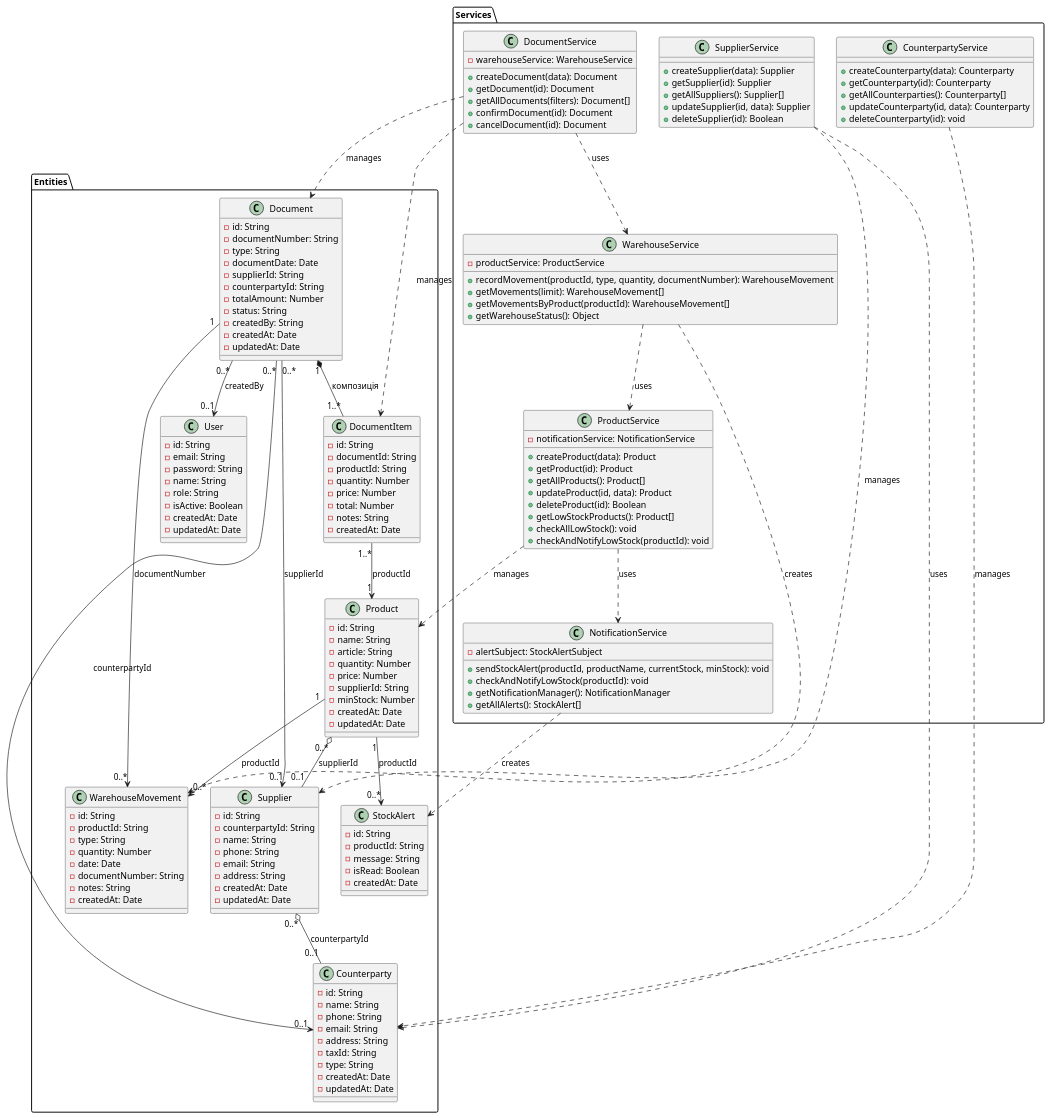
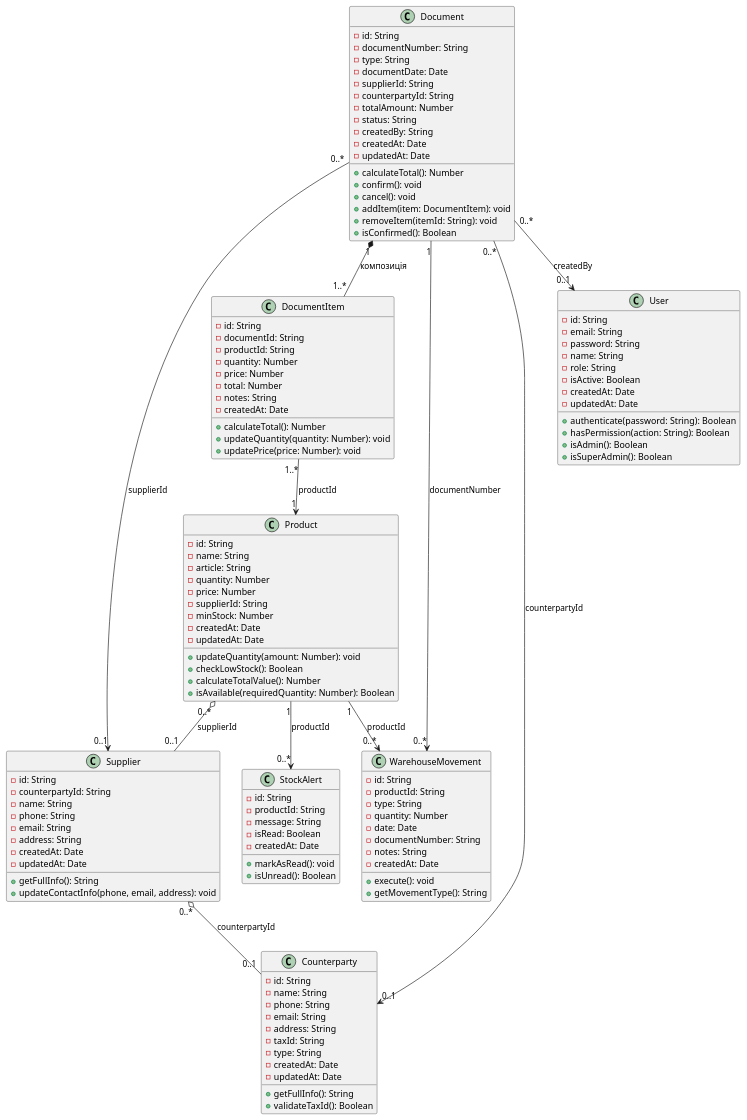
The second of 2 diagrams in README.md (Andriy723/Patterns_coursework), drawn with PlantUML before and after one commit.

````diff
--- a/README.md
+++ b/README.md
@@ -399,151 +399,119 @@
 ```plantuml
 @startuml
 
-package "Entities" {
-    class Product {
-        - id: String
-        - name: String
-        - article: String
-        - quantity: Number
-        - price: Number
-        - supplierId: String
-        - minStock: Number
-        - createdAt: Date
-        - updatedAt: Date
-    }
-    
-    class Supplier {
-        - id: String
-        - counterpartyId: String
-        - name: String
-        - phone: String
-        - email: String
-        - address: String
-        - createdAt: Date
-        - updatedAt: Date
-    }
-    
-    class Counterparty {
-        - id: String
-        - name: String
-        - phone: String
-        - email: String
-        - address: String
-        - taxId: String
-        - type: String
-        - createdAt: Date
-        - updatedAt: Date
-    }
-    
-    class Document {
-        - id: String
-        - documentNumber: String
-        - type: String
-        - documentDate: Date
-        - supplierId: String
-        - counterpartyId: String
-        - totalAmount: Number
-        - status: String
-        - createdBy: String
-        - createdAt: Date
-        - updatedAt: Date
-    }
-    
-    class DocumentItem {
-        - id: String
-        - documentId: String
-        - productId: String
-        - quantity: Number
-        - price: Number
-        - total: Number
-        - notes: String
-        - createdAt: Date
-    }
-    
-    class WarehouseMovement {
-        - id: String
-        - productId: String
-        - type: String
-        - quantity: Number
-        - date: Date
-        - documentNumber: String
-        - notes: String
-        - createdAt: Date
-    }
-    
-    class StockAlert {
-        - id: String
-        - productId: String
-        - message: String
-        - isRead: Boolean
-        - createdAt: Date
-    }
-    
-    class User {
-        - id: String
-        - email: String
-        - password: String
-        - name: String
-        - role: String
-        - isActive: Boolean
-        - createdAt: Date
-        - updatedAt: Date
-    }
+class Product {
+    - id: String
+    - name: String
+    - article: String
+    - quantity: Number
+    - price: Number
+    - supplierId: String
+    - minStock: Number
+    - createdAt: Date
+    - updatedAt: Date
+    + updateQuantity(amount: Number): void
+    + checkLowStock(): Boolean
+    + calculateTotalValue(): Number
+    + isAvailable(requiredQuantity: Number): Boolean
 }
 
-package "Services" {
-    class ProductService {
-        - notificationService: NotificationService
-        + createProduct(data): Product
-        + getProduct(id): Product
-        + getAllProducts(): Product[]
-        + updateProduct(id, data): Product
-        + deleteProduct(id): Boolean
-        + getLowStockProducts(): Product[]
-        + checkAllLowStock(): void
-        + checkAndNotifyLowStock(productId): void
-    }
-    
-    class SupplierService {
-        + createSupplier(data): Supplier
-        + getSupplier(id): Supplier
-        + getAllSuppliers(): Supplier[]
-        + updateSupplier(id, data): Supplier
-        + deleteSupplier(id): Boolean
-    }
-    
-    class CounterpartyService {
-        + createCounterparty(data): Counterparty
-        + getCounterparty(id): Counterparty
-        + getAllCounterparties(): Counterparty[]
-        + updateCounterparty(id, data): Counterparty
-        + deleteCounterparty(id): void
-    }
-    
-    class DocumentService {
-        - warehouseService: WarehouseService
-        + createDocument(data): Document
-        + getDocument(id): Document
-        + getAllDocuments(filters): Document[]
-        + confirmDocument(id): Document
-        + cancelDocument(id): Document
-    }
-    
-    class WarehouseService {
-        - productService: ProductService
-        + recordMovement(productId, type, quantity, documentNumber): WarehouseMovement
-        + getMovements(limit): WarehouseMovement[]
-        + getMovementsByProduct(productId): WarehouseMovement[]
-        + getWarehouseStatus(): Object
-    }
-    
-    class NotificationService {
-        - alertSubject: StockAlertSubject
-        + sendStockAlert(productId, productName, currentStock, minStock): void
-        + checkAndNotifyLowStock(productId): void
-        + getNotificationManager(): NotificationManager
-        + getAllAlerts(): StockAlert[]
-    }
+class Supplier {
+    - id: String
+    - counterpartyId: String
+    - name: String
+    - phone: String
+    - email: String
+    - address: String
+    - createdAt: Date
+    - updatedAt: Date
+    + getFullInfo(): String
+    + updateContactInfo(phone, email, address): void
+}
+
+class Counterparty {
+    - id: String
+    - name: String
+    - phone: String
+    - email: String
+    - address: String
+    - taxId: String
+    - type: String
+    - createdAt: Date
+    - updatedAt: Date
+    + getFullInfo(): String
+    + validateTaxId(): Boolean
+}
+
+class Document {
+    - id: String
+    - documentNumber: String
+    - type: String
+    - documentDate: Date
+    - supplierId: String
+    - counterpartyId: String
+    - totalAmount: Number
+    - status: String
+    - createdBy: String
+    - createdAt: Date
+    - updatedAt: Date
+    + calculateTotal(): Number
+    + confirm(): void
+    + cancel(): void
+    + addItem(item: DocumentItem): void
+    + removeItem(itemId: String): void
+    + isConfirmed(): Boolean
+}
+
+class DocumentItem {
+    - id: String
+    - documentId: String
+    - productId: String
+    - quantity: Number
+    - price: Number
+    - total: Number
+    - notes: String
+    - createdAt: Date
+    + calculateTotal(): Number
+    + updateQuantity(quantity: Number): void
+    + updatePrice(price: Number): void
+}
+
+class WarehouseMovement {
+    - id: String
+    - productId: String
+    - type: String
+    - quantity: Number
+    - date: Date
+    - documentNumber: String
+    - notes: String
+    - createdAt: Date
+    + execute(): void
+    + getMovementType(): String
+}
+
+class StockAlert {
+    - id: String
+    - productId: String
+    - message: String
+    - isRead: Boolean
+    - createdAt: Date
+    + markAsRead(): void
+    + isUnread(): Boolean
+}
+
+class User {
+    - id: String
+    - email: String
+    - password: String
+    - name: String
+    - role: String
+    - isActive: Boolean
+    - createdAt: Date
+    - updatedAt: Date
+    + authenticate(password: String): Boolean
+    + hasPermission(action: String): Boolean
+    + isAdmin(): Boolean
+    + isSuperAdmin(): Boolean
 }
 
 ' Relationships between entities
@@ -558,18 +526,5 @@
 Product "1" --> "0..*" StockAlert : productId
 Document "1" --> "0..*" WarehouseMovement : documentNumber
 
-' Relationships between services and entities
-ProductService ..> Product : manages
-ProductService ..> NotificationService : uses
-SupplierService ..> Supplier : manages
-SupplierService ..> Counterparty : uses
-CounterpartyService ..> Counterparty : manages
-DocumentService ..> Document : manages
-DocumentService ..> DocumentItem : manages
-DocumentService ..> WarehouseService : uses
-WarehouseService ..> WarehouseMovement : creates
-WarehouseService ..> ProductService : uses
-NotificationService ..> StockAlert : creates
-
 @enduml
 ```
````
